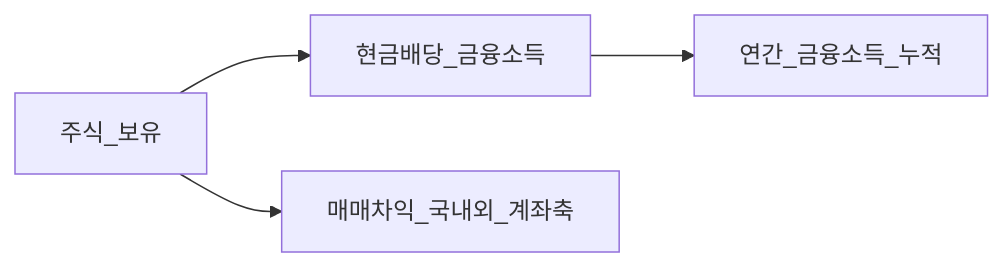
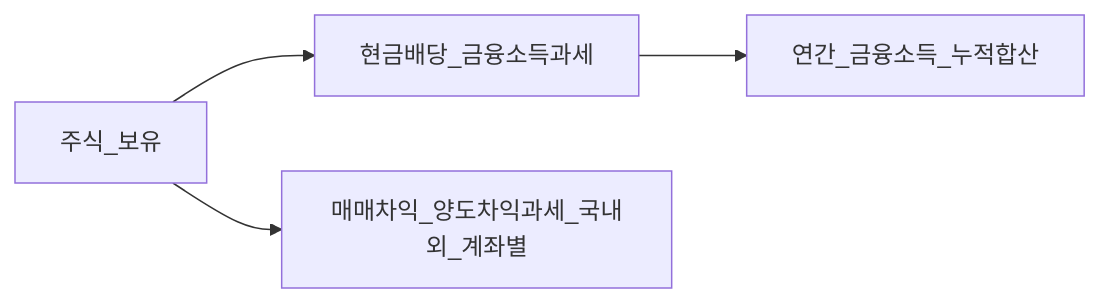
Before and after one commit to goldanghenry/Finances: the second of 2 diagrams in 01-foundations/dividends-buybacks.md, drawn with Mermaid. The commit also changed other lines of this file and 211 other files, not shown here.

````diff
--- a/01-foundations/dividends-buybacks.md
+++ b/01-foundations/dividends-buybacks.md
@@ -130,7 +139,7 @@
 ```mermaid
 flowchart LR
   OWN["주식_보유"]
-  OWN --> DIV["현금배당_금융소득"]
-  OWN --> CG["매매차익_국내외_계좌축"]
-  DIV --> FIN["연간_금융소득_누적"]
+  OWN --> DIV["현금배당_금융소득과세"]
+  OWN --> CG["매매차익_양도차익과세_국내외_계좌별"]
+  DIV --> FIN["연간_금융소득_누적합산"]
 ```
````
